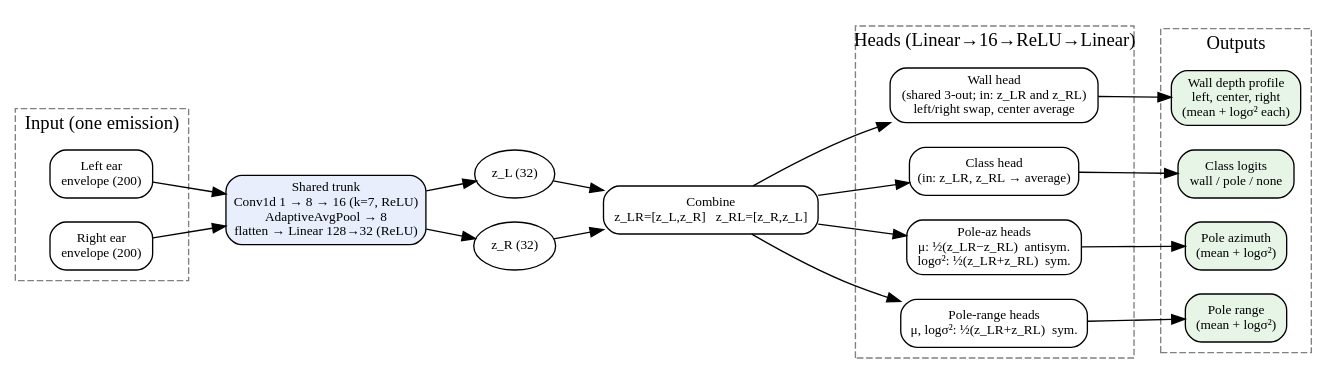
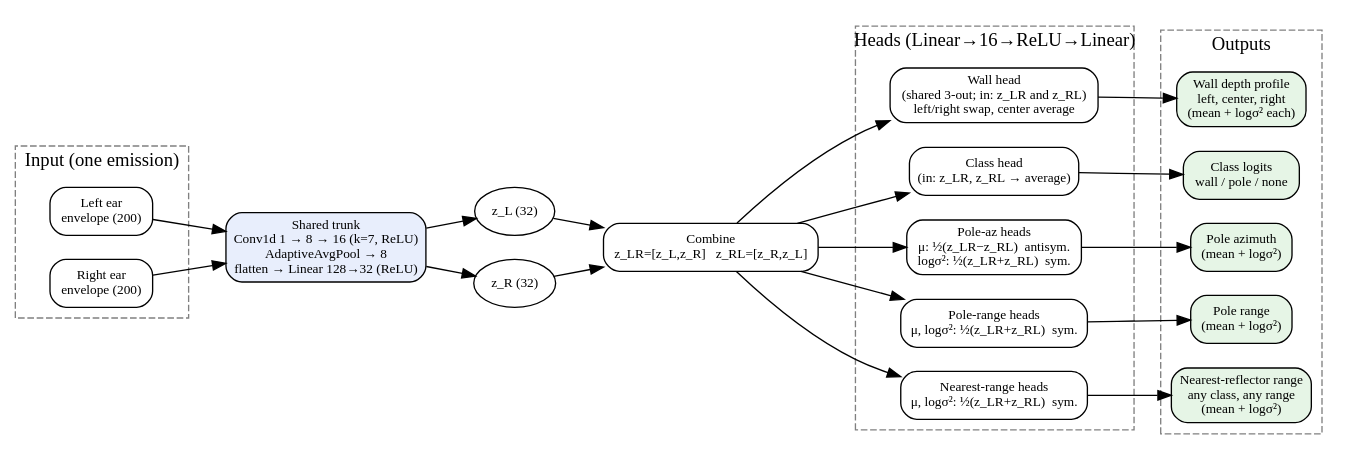
One commit to dvanderelst/3PiRobot changed the diagram in Paper/images/image_resources/fig_network.dot. Above: the diagram before and after it, drawn with Graphviz. The commit also changed 5 other files, not shown here.

First line of the commit message:
Paper: add the class-agnostic range head to fig 3

```diff
--- a/Paper/images/image_resources/fig_network.dot
+++ b/Paper/images/image_resources/fig_network.dot
@@ -1,32 +1,34 @@
 digraph G {
   rankdir=LR; bgcolor="white";
   node [shape=box, style="rounded", fontsize=10, fontname="Times"];
   edge [fontsize=8, fontname="Times"]; graph [fontname="Times"];
 
   subgraph cluster_in { label="Input (one emission)"; style=dashed; color=gray;
     L [label="Left ear\nenvelope (200)"]; R [label="Right ear\nenvelope (200)"]; }
 
   trunk [label="Shared trunk\nConv1d 1 → 8 → 16 (k=7, ReLU)\nAdaptiveAvgPool → 8\nflatten → Linear 128→32 (ReLU)", style="rounded,filled", fillcolor="#e8eefc"];
   L -> trunk; R -> trunk;
   zL [shape=ellipse, label="z_L (32)"]; zR [shape=ellipse, label="z_R (32)"];
   trunk -> zL; trunk -> zR;
 
   comb [label="Combine\nz_LR=[z_L,z_R]   z_RL=[z_R,z_L]"];
   zL -> comb; zR -> comb;
 
   subgraph cluster_heads { label="Heads (Linear→16→ReLU→Linear)"; style=dashed; color=gray;
     wall [label="Wall head\n(shared 3-out; in: z_LR and z_RL)\nleft/right swap, center average"];
     cls  [label="Class head\n(in: z_LR, z_RL → average)"];
     pole [label="Pole-az heads\nμ: ½(z_LR−z_RL)  antisym.\nlogσ²: ½(z_LR+z_RL)  sym."];
     prng [label="Pole-range heads\nμ, logσ²: ½(z_LR+z_RL)  sym."];
+    argn [label="Nearest-range heads\nμ, logσ²: ½(z_LR+z_RL)  sym."];
   }
-  comb -> wall; comb -> cls; comb -> pole; comb -> prng;
+  comb -> wall; comb -> cls; comb -> pole; comb -> prng; comb -> argn;
 
   subgraph cluster_out { label="Outputs"; style=dashed; color=gray;
     ocls  [label="Class logits\nwall / pole / none", style="rounded,filled", fillcolor="#e6f5e6"];
     owall [label="Wall depth profile\nleft, center, right\n(mean + logσ² each)", style="rounded,filled", fillcolor="#e6f5e6"];
     opole [label="Pole azimuth\n(mean + logσ²)", style="rounded,filled", fillcolor="#e6f5e6"];
     oprng [label="Pole range\n(mean + logσ²)", style="rounded,filled", fillcolor="#e6f5e6"];
+    oagn  [label="Nearest-reflector range\nany class, any range\n(mean + logσ²)", style="rounded,filled", fillcolor="#e6f5e6"];
   }
-  wall -> owall; cls -> ocls; pole -> opole; prng -> oprng;
+  wall -> owall; cls -> ocls; pole -> opole; prng -> oprng; argn -> oagn;
 }
```
